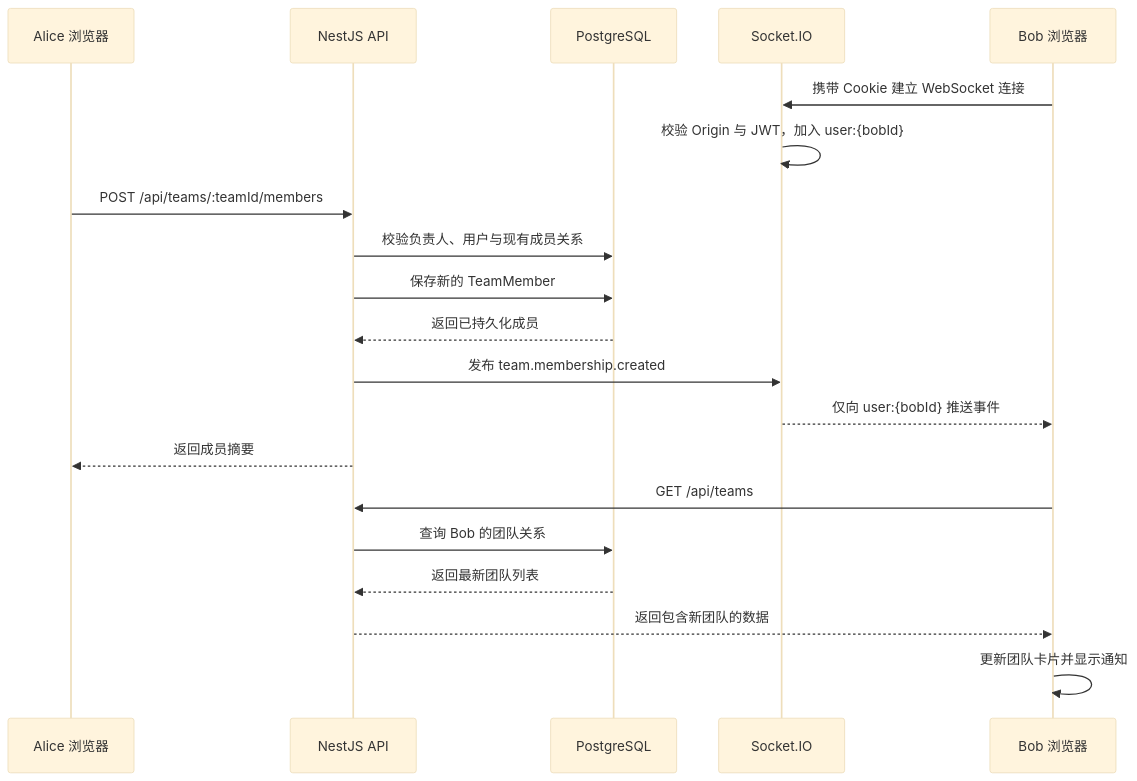
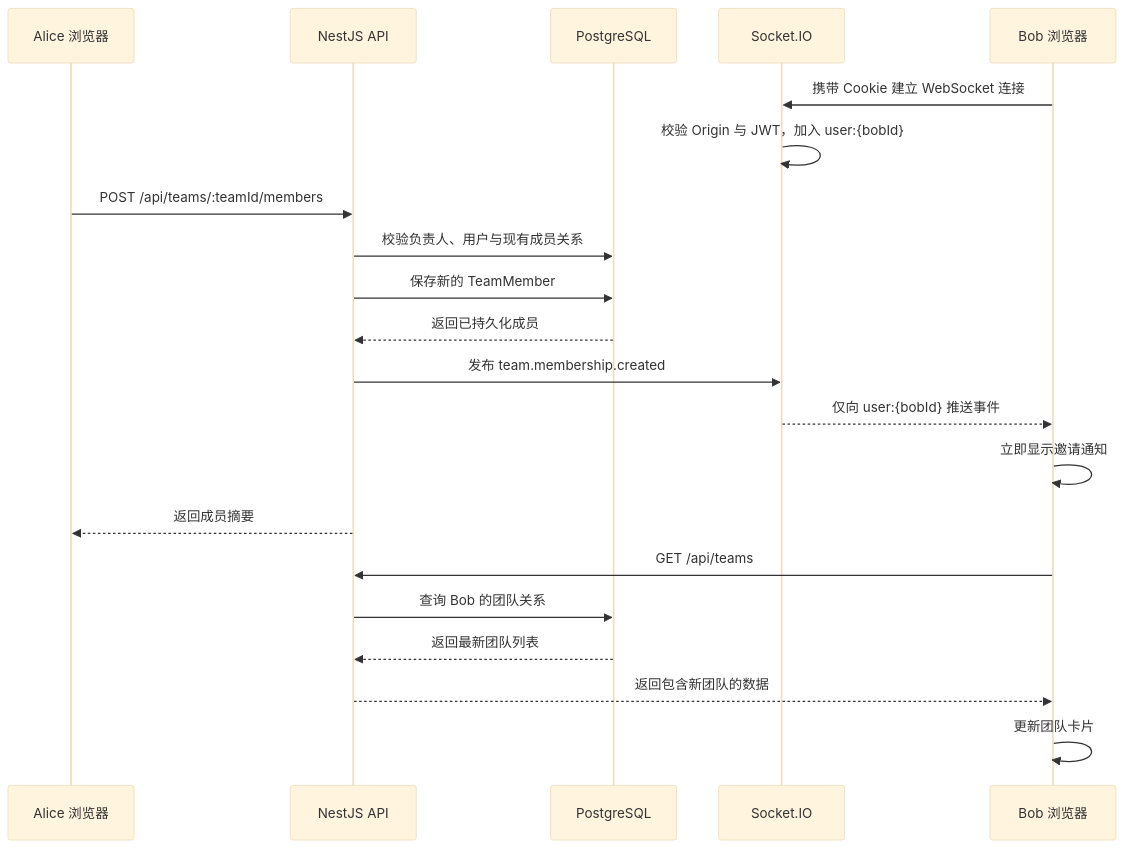
Before and after one commit to lichenyang5/ai-collaboration-workspace: the second of 2 diagrams in docs/blogs/realtime-team-invitation-with-socketio.md, drawn with Mermaid (base theme). The commit also changed other lines of this file, not shown here.

````diff
--- a/docs/blogs/realtime-team-invitation-with-socketio.md
+++ b/docs/blogs/realtime-team-invitation-with-socketio.md
@@ -140,23 +140,24 @@
 ```mermaid
 sequenceDiagram
     participant Alice as Alice 浏览器
     participant API as NestJS API
     participant DB as PostgreSQL
     participant Socket as Socket.IO
     participant Bob as Bob 浏览器
 
     Bob->>Socket: 携带 Cookie 建立 WebSocket 连接
     Socket->>Socket: 校验 Origin 与 JWT，加入 user:{bobId}
     Alice->>API: POST /api/teams/:teamId/members
     API->>DB: 校验负责人、用户与现有成员关系
     API->>DB: 保存新的 TeamMember
     DB-->>API: 返回已持久化成员
     API->>Socket: 发布 team.membership.created
     Socket-->>Bob: 仅向 user:{bobId} 推送事件
+    Bob->>Bob: 立即显示邀请通知
     API-->>Alice: 返回成员摘要
     Bob->>API: GET /api/teams
     API->>DB: 查询 Bob 的团队关系
     DB-->>API: 返回最新团队列表
     API-->>Bob: 返回包含新团队的数据
-    Bob->>Bob: 更新团队卡片并显示通知
+    Bob->>Bob: 更新团队卡片
 ```
````
